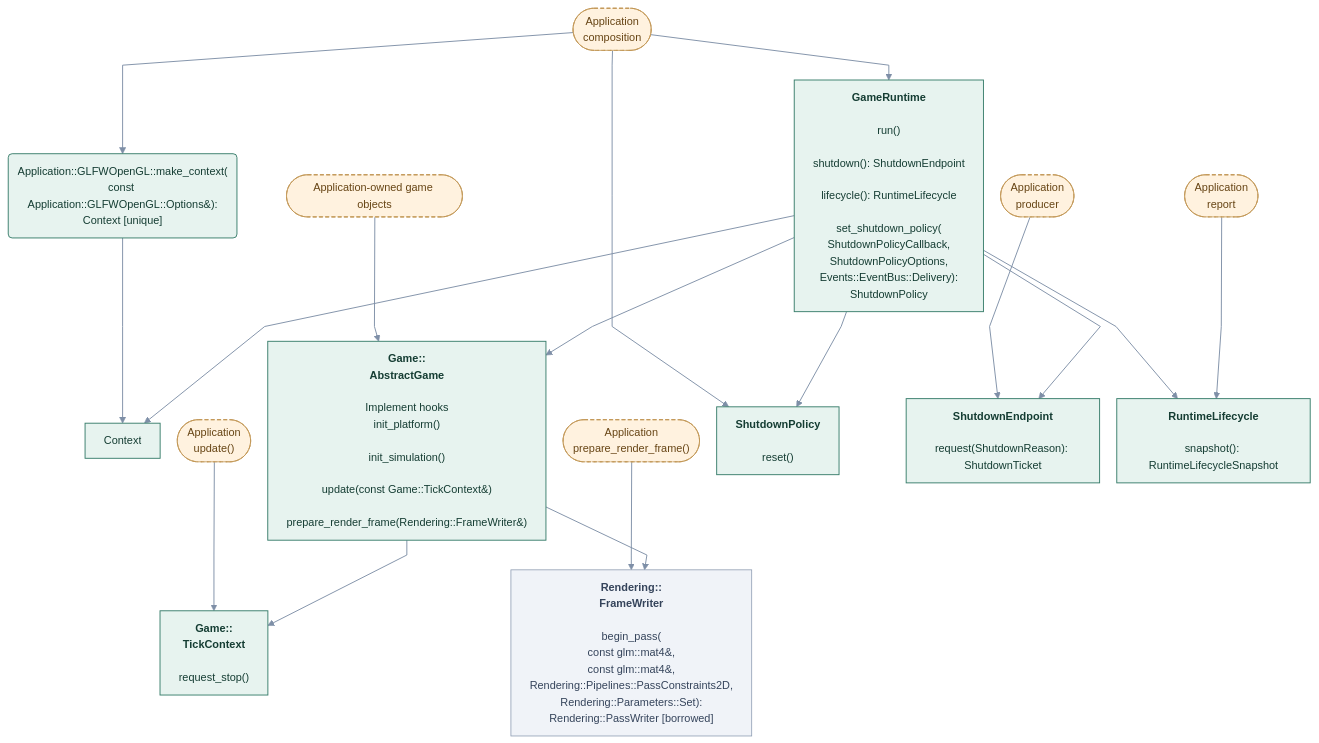
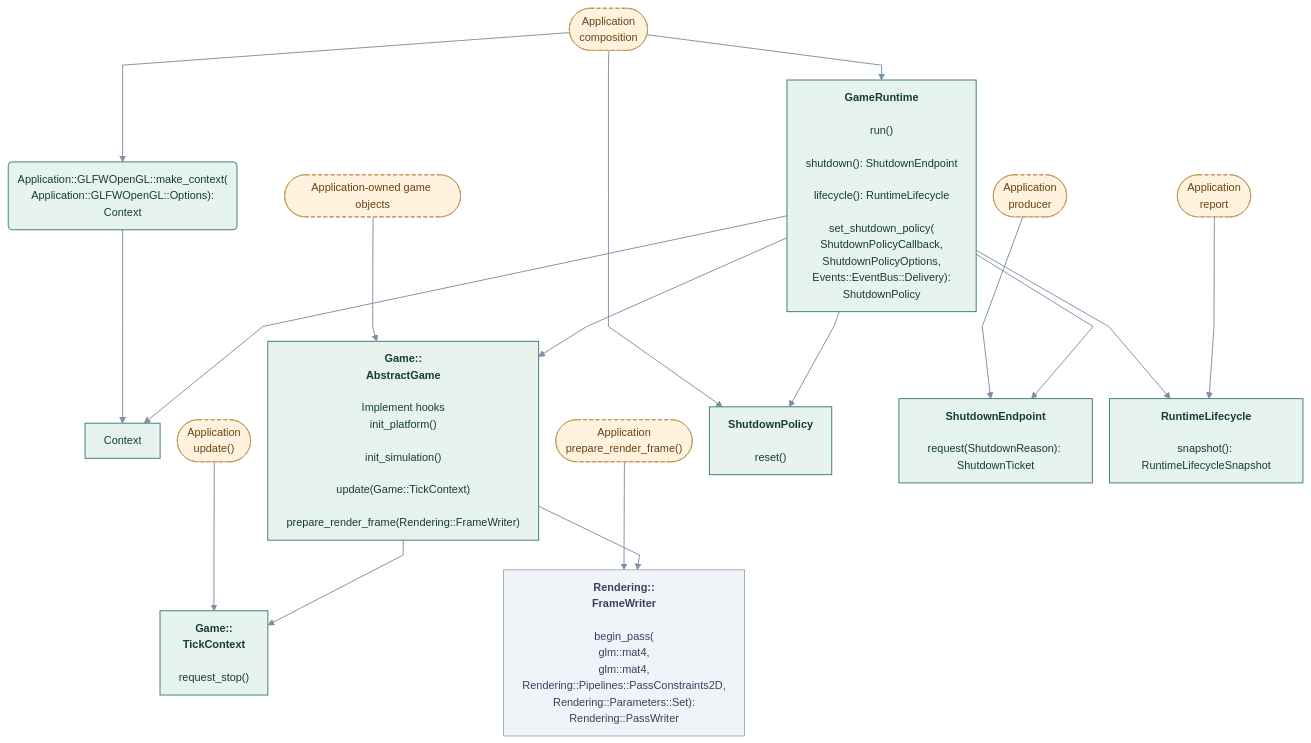
Before and after one commit to cppcooper/cheryl-engine: the diagram in docs/site/engine-systems/diagrams/runtime-application.mmd, drawn with Mermaid. The commit also changed 52 other files, not shown here.

First line of the commit message:
Shows participating types without declaration qualifiers in diagrams

```diff
--- a/docs/site/engine-systems/diagrams/runtime-application.mmd
+++ b/docs/site/engine-systems/diagrams/runtime-application.mmd
@@ -1,52 +1,52 @@
 ---
 config:
   theme: base
   themeVariables:
     fontFamily: system-ui, sans-serif
     fontSize: 14px
   flowchart:
     htmlLabels: true
     curve: linear
     nodeSpacing: 22
     rankSpacing: 38
     padding: 12
 ---
 flowchart TB
     accTitle: Runtime · application composition
-    accDescr: Local names omit Runtime::; ambiguous nested namespaces remain qualified. Local names omit Runtime::; ambiguous nested namespaces remain qualified. Arrows point toward the API or type used, not call order or data flow. Methods beneath type names are selected application entry points; Implement hooks marks engine-invoked overrides. Dashed arrows mark optional choices.
+    accDescr: Local names omit Runtime::; ambiguous nested namespaces remain qualified. Arrows point toward the API or type used, not call order or data flow. Methods beneath type names are selected application entry points; Implement hooks marks engine-invoked overrides. Dashed arrows mark optional choices.
     k0(["Application<br/>composition"]):::app
-    k1("Application::GLFWOpenGL::make_context(<br/>const Application::GLFWOpenGL::Options&amp;):<br/>Context [unique]"):::focal
+    k1("Application::GLFWOpenGL::make_context(<br/>Application::GLFWOpenGL::Options):<br/>Context"):::focal
     k2["Context"]:::focal
     k3["<b>GameRuntime</b><br/><br/>run()<br/><br/>shutdown(): ShutdownEndpoint<br/><br/>lifecycle(): RuntimeLifecycle<br/><br/>set_shutdown_policy(<br/>ShutdownPolicyCallback,<br/>ShutdownPolicyOptions,<br/>Events::EventBus::Delivery):<br/>ShutdownPolicy"]:::focal
     k4(["Application-owned game objects"]):::app
-    k5["<b>Game::<br/>AbstractGame</b><br/><br/>Implement hooks<br/>init_platform()<br/><br/>init_simulation()<br/><br/>update(const Game::TickContext&amp;)<br/><br/>prepare_render_frame(Rendering::FrameWriter&amp;)"]:::focal
+    k5["<b>Game::<br/>AbstractGame</b><br/><br/>Implement hooks<br/>init_platform()<br/><br/>init_simulation()<br/><br/>update(Game::TickContext)<br/><br/>prepare_render_frame(Rendering::FrameWriter)"]:::focal
     k6(["Application<br/>update()"]):::app
     k7["<b>Game::<br/>TickContext</b><br/><br/>request_stop()"]:::focal
     k8(["Application<br/>prepare_render_frame()"]):::app
-    k9["<b>Rendering::<br/>FrameWriter</b><br/><br/>begin_pass(<br/>const glm::mat4&amp;,<br/>const glm::mat4&amp;,<br/>Rendering::Pipelines::PassConstraints2D,<br/>Rendering::Parameters::Set):<br/>Rendering::PassWriter [borrowed]"]:::neighbor
+    k9["<b>Rendering::<br/>FrameWriter</b><br/><br/>begin_pass(<br/>glm::mat4,<br/>glm::mat4,<br/>Rendering::Pipelines::PassConstraints2D,<br/>Rendering::Parameters::Set):<br/>Rendering::PassWriter"]:::neighbor
     k10["<b>ShutdownPolicy</b><br/><br/>reset()"]:::focal
     k11(["Application<br/>producer"]):::app
     k12["<b>ShutdownEndpoint</b><br/><br/>request(ShutdownReason): ShutdownTicket"]:::focal
     k13["<b>RuntimeLifecycle</b><br/><br/>snapshot(): RuntimeLifecycleSnapshot"]:::focal
     k14(["Application<br/>report"]):::app
     k0 --> k1
     k1 --> k2
     k0 --> k3
     k4 --> k5
     k3 --> k5
     k3 --> k2
     k6 --> k7
     k8 --> k9
     k0 --> k10
     k11 --> k12
     k3 --> k12
     k3 --> k13
     k14 --> k13
     k3 --> k10
     k5 --> k7
     k5 --> k9
     classDef focal fill:#e7f3ef,stroke:#387d6b,color:#153d33,stroke-width:1.2px
     classDef neighbor fill:#f0f3f8,stroke:#8c9bb1,color:#35445b,stroke-width:1px
     classDef app fill:#fff2df,stroke:#c09452,color:#674515,stroke-dasharray:5 3
     classDef system fill:#eaf0fc,stroke:#617fab,color:#263f69,stroke-width:1.2px
     linkStyle default stroke:#7e8fa7,stroke-width:1.2px
```
